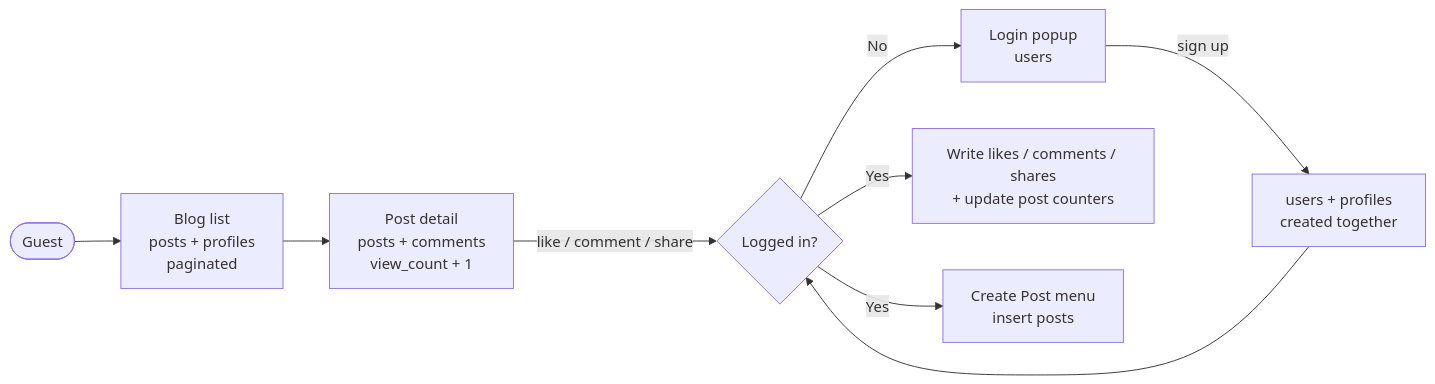
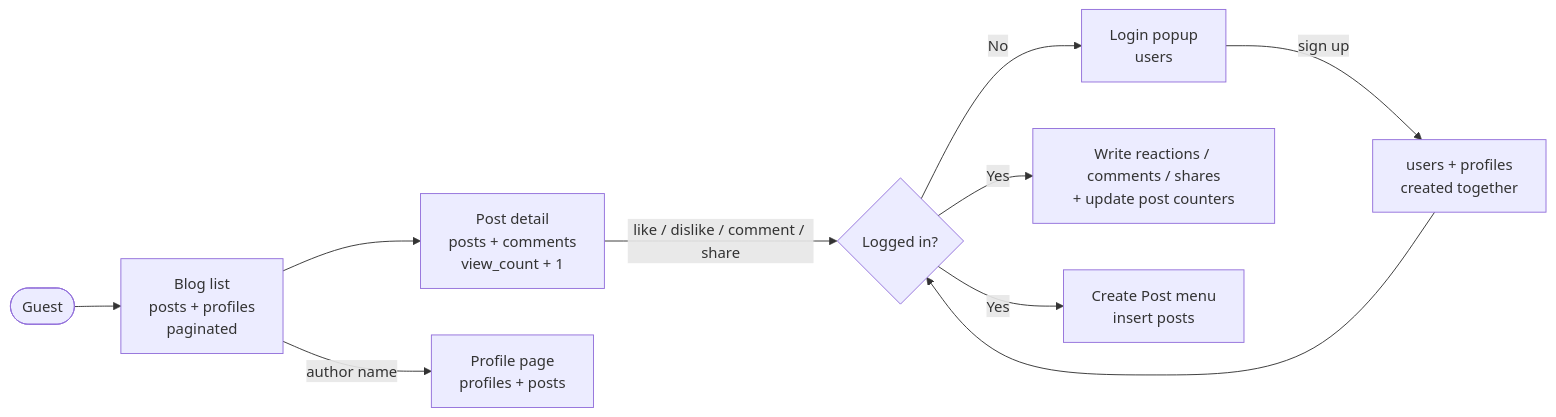
Before and after one commit to Ashukr321/Complete-Database-Modeling-Basic-to-Advanced: the fourth of 4 diagrams in projects/blog-application/README.md, drawn with Mermaid. The commit also changed other lines of this file and 4 other files, not shown here.

Commit message:
docs(blog-app): add v1 API design + OpenAPI spec with profiles and like/dislike reactions; fix(website): hide .md in sidebar titles

````diff
--- a/projects/blog-application/README.md
+++ b/projects/blog-application/README.md
@@ -245,11 +267,12 @@
 ```mermaid
 flowchart LR
   G(["Guest"]) --> L["Blog list<br/>posts + profiles<br/>paginated"]
   L --> D["Post detail<br/>posts + comments<br/>view_count + 1"]
-  D -- "like / comment / share" --> P{"Logged in?"}
+  L -- "author name" --> PR["Profile page<br/>profiles + posts"]
+  D -- "like / dislike / comment / share" --> P{"Logged in?"}
   P -- No --> A["Login popup<br/>users"]
   A -- "sign up" --> U["users + profiles<br/>created together"]
   U --> P
-  P -- Yes --> W["Write likes / comments / shares<br/>+ update post counters"]
+  P -- Yes --> W["Write reactions / comments / shares<br/>+ update post counters"]
   P -- Yes --> C["Create Post menu<br/>insert posts"]
 ```
````
